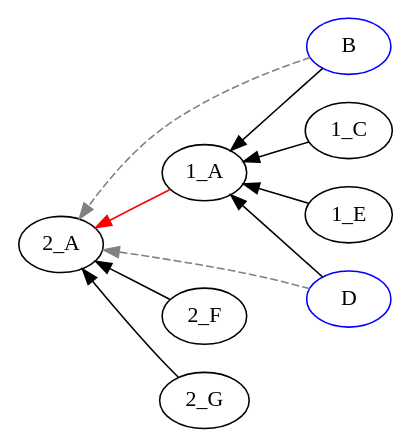
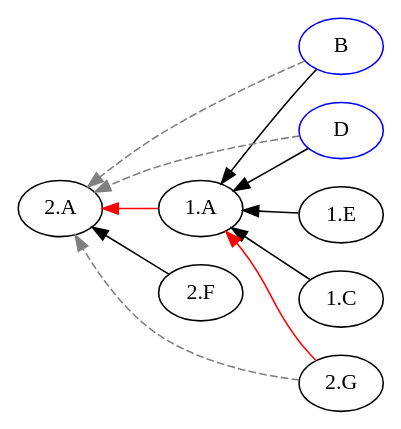
One commit to EulerProject/EulerX changed the diagram in example/output/abstract4/abstract4_pw_5.dot. Above: the diagram before and after it, drawn with Graphviz. The commit also changed 30 other files, not shown here.

```diff
--- a/example/output/abstract4/abstract4_pw_5.dot
+++ b/example/output/abstract4/abstract4_pw_5.dot
@@ -1,18 +1,19 @@
 digraph {
 
 rankdir = RL
 
 "B" [color=blue];
 "D" [color=blue];
 "B" [color=blue];
 "D" [color=blue];
-"1_C" -> "1_A" [style=filled, color=black];
-"1_E" -> "1_A" [style=filled, color=black];
-"2_F" -> "2_A" [style=filled, color=black];
-"2_G" -> "2_A" [style=filled, color=black];
-"1_A" -> "2_A" [style=filled, color=red];
-"B" -> "1_A" [style=filled, color=black];
-"D" -> "1_A" [style=filled, color=black];
-"B" -> "2_A" [style=dashed, color=grey];
-"D" -> "2_A" [style=dashed, color=grey];
+"1.C" -> "1.A" [style=filled, color=black];
+"1.E" -> "1.A" [style=filled, color=black];
+"2.F" -> "2.A" [style=filled, color=black];
+"2.G" -> "1.A" [style=filled, color=red];
+"1.A" -> "2.A" [style=filled, color=red];
+"B" -> "1.A" [style=filled, color=black];
+"D" -> "1.A" [style=filled, color=black];
+"2.G" -> "2.A" [style=dashed, color=grey];
+"B" -> "2.A" [style=dashed, color=grey];
+"D" -> "2.A" [style=dashed, color=grey];
 }
```
